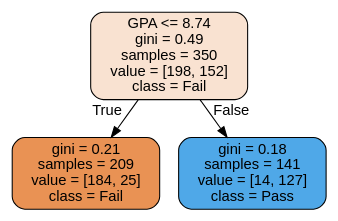
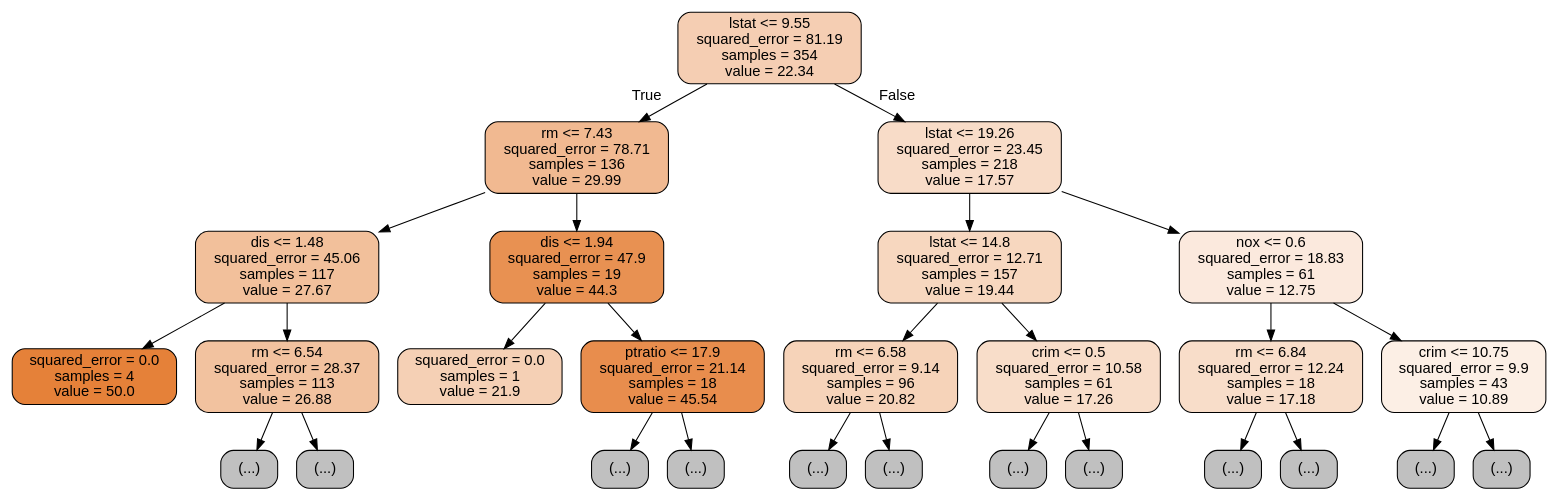
Before and after one commit to op-6160/AIVLE: the diagram in 0220_ML/배우기/tree.dot, drawn with Graphviz. The commit also changed 22 other files, not shown here.

```diff
--- a/0220_ML/배우기/tree.dot
+++ b/0220_ML/배우기/tree.dot
@@ -1,9 +1,57 @@
 digraph Tree {
 node [shape=box, style="filled, rounded", color="black", fontname="helvetica"] ;
 edge [fontname="helvetica"] ;
-0 [label="GPA <= 8.74\ngini = 0.49\nsamples = 350\nvalue = [198, 152]\nclass = Fail", fillcolor="#f9e2d1"] ;
-1 [label="gini = 0.21\nsamples = 209\nvalue = [184, 25]\nclass = Fail", fillcolor="#e99254"] ;
+0 [label="lstat <= 9.55\nsquared_error = 81.19\nsamples = 354\nvalue = 22.34", fillcolor="#f5ceb3"] ;
+1 [label="rm <= 7.43\nsquared_error = 78.71\nsamples = 136\nvalue = 29.99", fillcolor="#f1b991"] ;
 0 -> 1 [labeldistance=2.5, labelangle=45, headlabel="True"] ;
-2 [label="gini = 0.18\nsamples = 141\nvalue = [14, 127]\nclass = Pass", fillcolor="#4fa8e8"] ;
-0 -> 2 [labeldistance=2.5, labelangle=-45, headlabel="False"] ;
+2 [label="dis <= 1.48\nsquared_error = 45.06\nsamples = 117\nvalue = 27.67", fillcolor="#f2c09b"] ;
+1 -> 2 ;
+3 [label="squared_error = 0.0\nsamples = 4\nvalue = 50.0", fillcolor="#e58139"] ;
+2 -> 3 ;
+4 [label="rm <= 6.54\nsquared_error = 28.37\nsamples = 113\nvalue = 26.88", fillcolor="#f2c29f"] ;
+2 -> 4 ;
+5 [label="(...)", fillcolor="#C0C0C0"] ;
+4 -> 5 ;
+100 [label="(...)", fillcolor="#C0C0C0"] ;
+4 -> 100 ;
+211 [label="dis <= 1.94\nsquared_error = 47.9\nsamples = 19\nvalue = 44.3", fillcolor="#e89152"] ;
+1 -> 211 ;
+212 [label="squared_error = 0.0\nsamples = 1\nvalue = 21.9", fillcolor="#f5d0b5"] ;
+211 -> 212 ;
+213 [label="ptratio <= 17.9\nsquared_error = 21.14\nsamples = 18\nvalue = 45.54", fillcolor="#e88d4d"] ;
+211 -> 213 ;
+214 [label="(...)", fillcolor="#C0C0C0"] ;
+213 -> 214 ;
+233 [label="(...)", fillcolor="#C0C0C0"] ;
+213 -> 233 ;
+240 [label="lstat <= 19.26\nsquared_error = 23.45\nsamples = 218\nvalue = 17.57", fillcolor="#f8dcc8"] ;
+0 -> 240 [labeldistance=2.5, labelangle=-45, headlabel="False"] ;
+241 [label="lstat <= 14.8\nsquared_error = 12.71\nsamples = 157\nvalue = 19.44", fillcolor="#f7d7bf"] ;
+240 -> 241 ;
+242 [label="rm <= 6.58\nsquared_error = 9.14\nsamples = 96\nvalue = 20.82", fillcolor="#f6d3b9"] ;
+241 -> 242 ;
+243 [label="(...)", fillcolor="#C0C0C0"] ;
+242 -> 243 ;
+378 [label="(...)", fillcolor="#C0C0C0"] ;
+242 -> 378 ;
+393 [label="crim <= 0.5\nsquared_error = 10.58\nsamples = 61\nvalue = 17.26", fillcolor="#f8ddc9"] ;
+241 -> 393 ;
+394 [label="(...)", fillcolor="#C0C0C0"] ;
+393 -> 394 ;
+443 [label="(...)", fillcolor="#C0C0C0"] ;
+393 -> 443 ;
+502 [label="nox <= 0.6\nsquared_error = 18.83\nsamples = 61\nvalue = 12.75", fillcolor="#fbe9dd"] ;
+240 -> 502 ;
+503 [label="rm <= 6.84\nsquared_error = 12.24\nsamples = 18\nvalue = 17.18", fillcolor="#f8ddc9"] ;
+502 -> 503 ;
+504 [label="(...)", fillcolor="#C0C0C0"] ;
+503 -> 504 ;
+535 [label="(...)", fillcolor="#C0C0C0"] ;
+503 -> 535 ;
+536 [label="crim <= 10.75\nsquared_error = 9.9\nsamples = 43\nvalue = 10.89", fillcolor="#fcefe5"] ;
+502 -> 536 ;
+537 [label="(...)", fillcolor="#C0C0C0"] ;
+536 -> 537 ;
+570 [label="(...)", fillcolor="#C0C0C0"] ;
+536 -> 570 ;
 }
```
